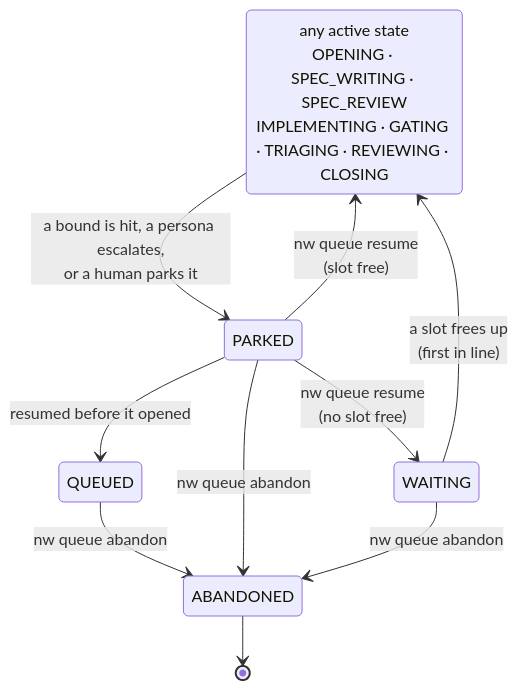
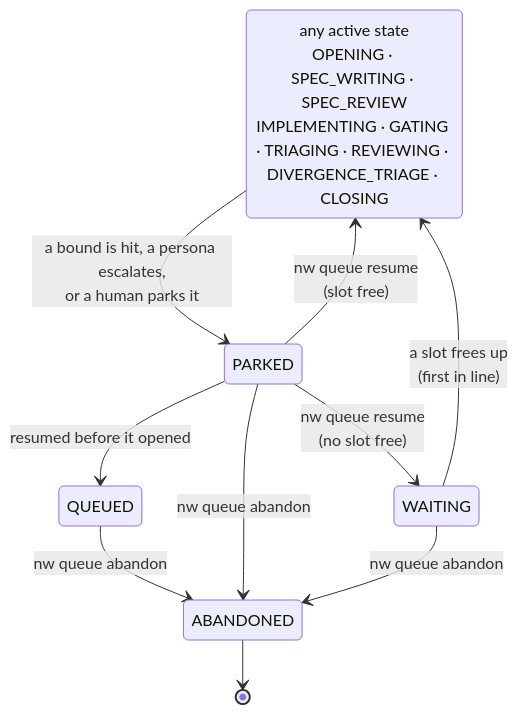
Before and after one commit to brunosmmm/nightwright: the second of 3 diagrams in docs/product/loop/states.md, drawn with Mermaid. The commit also changed other lines of this file and 30 other files, not shown here.

````diff
--- a/docs/product/loop/states.md
+++ b/docs/product/loop/states.md
@@ -44,14 +47,14 @@
 ```mermaid
 stateDiagram-v2
     direction TB
-    state "any active state<br/>OPENING · SPEC_WRITING · SPEC_REVIEW<br/>IMPLEMENTING · GATING · TRIAGING · REVIEWING · CLOSING" as ACTIVE
+    state "any active state<br/>OPENING · SPEC_WRITING · SPEC_REVIEW<br/>IMPLEMENTING · GATING · TRIAGING · REVIEWING · DIVERGENCE_TRIAGE · CLOSING" as ACTIVE
     ACTIVE --> PARKED: a bound is hit, a persona escalates,<br/>or a human parks it
     PARKED --> ACTIVE: nw queue resume<br/>(slot free)
     PARKED --> WAITING: nw queue resume<br/>(no slot free)
     WAITING --> ACTIVE: a slot frees up<br/>(first in line)
     PARKED --> QUEUED: resumed before it opened
     QUEUED --> ABANDONED: nw queue abandon
     PARKED --> ABANDONED: nw queue abandon
     WAITING --> ABANDONED: nw queue abandon
     ABANDONED --> [*]
 ```
````
